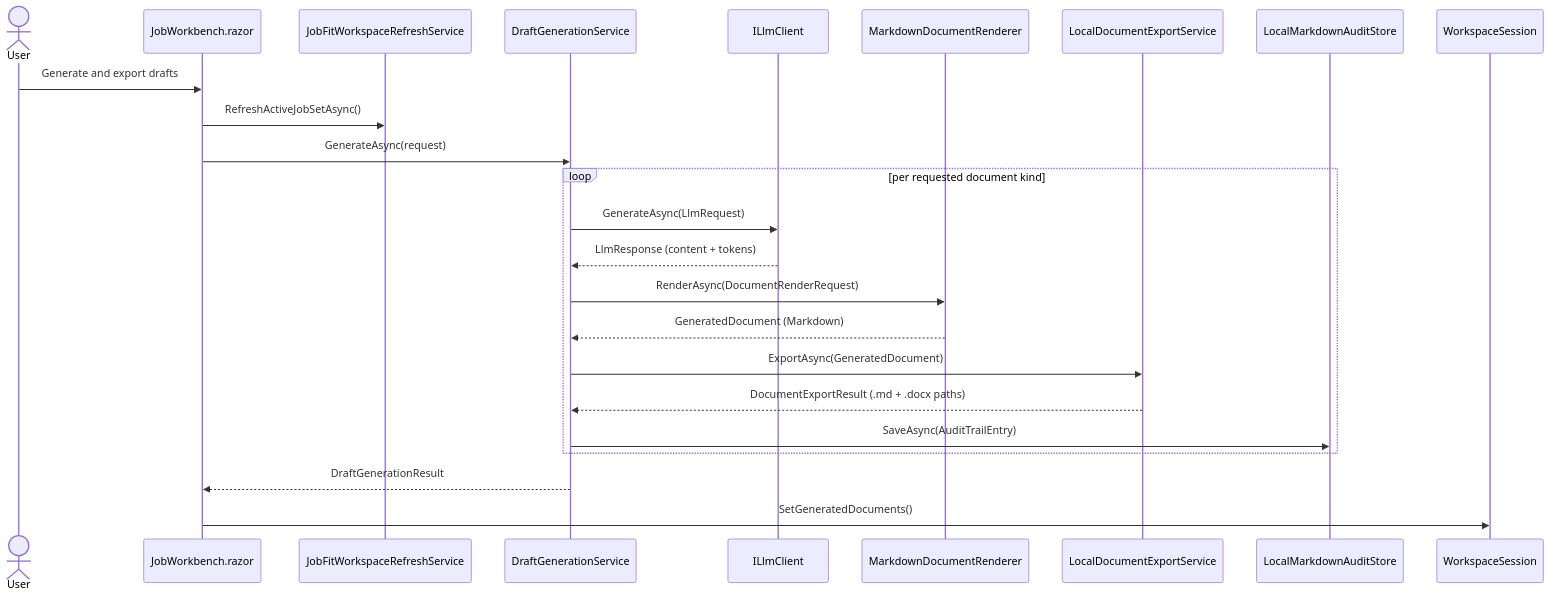
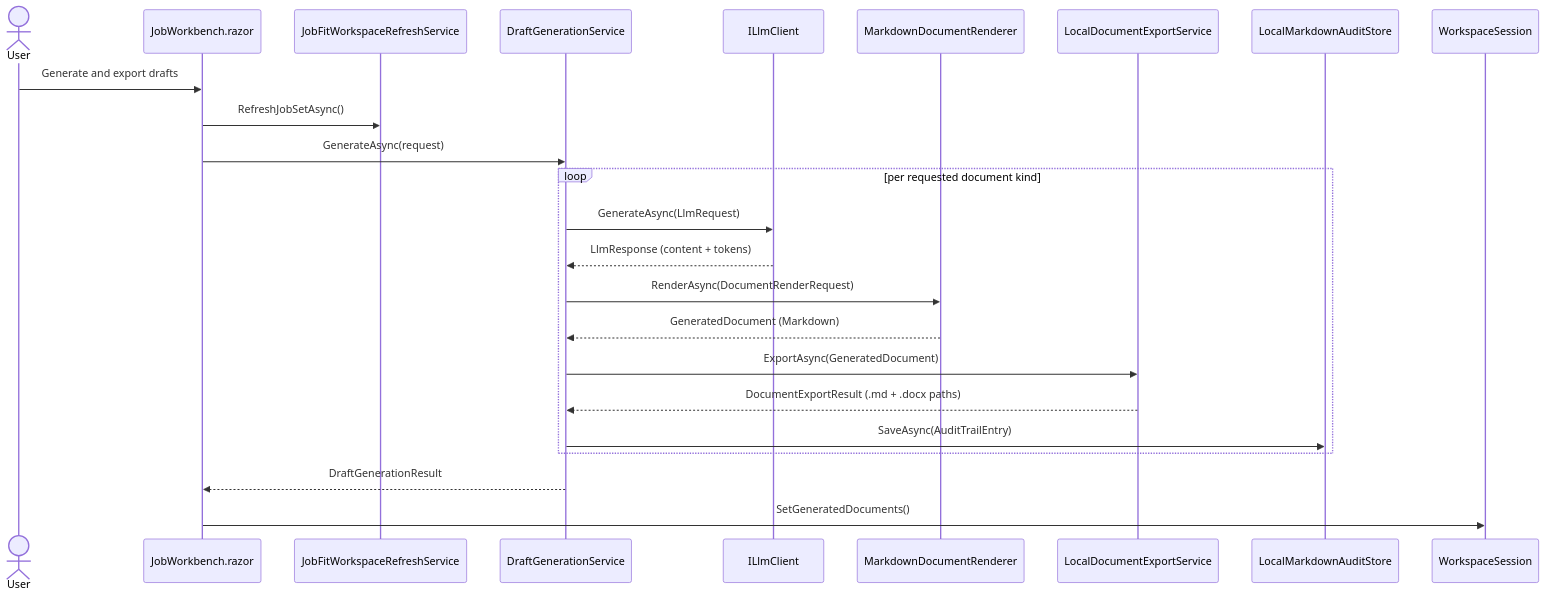
Before and after one commit to hennie42/li-jobber: the ninth of 11 diagrams in docs/details.md, drawn with Mermaid. The commit also changed other lines of this file and 3 other files, not shown here.

First line of the commit message:
Refactor job set handling in Home and JobWorkbench components

````diff
--- a/docs/details.md
+++ b/docs/details.md
@@ -353,27 +353,27 @@
 ```mermaid
 sequenceDiagram
     actor User
     participant Workbench as JobWorkbench.razor
     participant Refresh as JobFitWorkspaceRefreshService
     participant Generate as DraftGenerationService
     participant Llm as ILlmClient
     participant Render as MarkdownDocumentRenderer
     participant Export as LocalDocumentExportService
     participant Audit as LocalMarkdownAuditStore
     participant Workspace as WorkspaceSession
 
     User->>Workbench: Generate and export drafts
-    Workbench->>Refresh: RefreshActiveJobSetAsync()
+    Workbench->>Refresh: RefreshJobSetAsync()
     Workbench->>Generate: GenerateAsync(request)
     loop per requested document kind
         Generate->>Llm: GenerateAsync(LlmRequest)
         Llm-->>Generate: LlmResponse (content + tokens)
         Generate->>Render: RenderAsync(DocumentRenderRequest)
         Render-->>Generate: GeneratedDocument (Markdown)
         Generate->>Export: ExportAsync(GeneratedDocument)
         Export-->>Generate: DocumentExportResult (.md + .docx paths)
         Generate->>Audit: SaveAsync(AuditTrailEntry)
     end
     Generate-->>Workbench: DraftGenerationResult
     Workbench->>Workspace: SetGeneratedDocuments()
 ```
````
